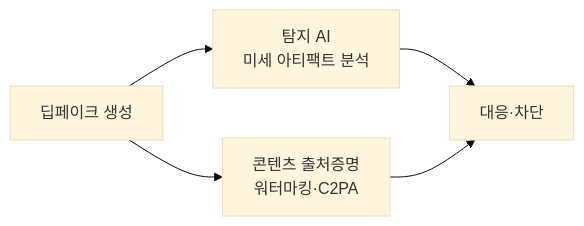
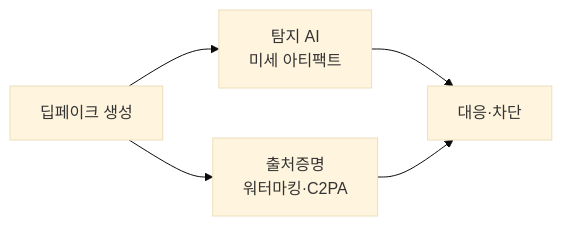
One commit to coninggu/wjdqhrhksflrltnftk changed the second of 2 diagrams in content/deepfake.md. Above: the diagram before and after it, drawn with Mermaid (base theme). The commit also changed other lines of this file and 19 other files, not shown here.

````diff
--- a/content/deepfake.md
+++ b/content/deepfake.md
@@ -20,7 +39,7 @@
 ```mermaid
 flowchart LR
-  A[딥페이크 생성] --> B[탐지 AI<br/>미세 아티팩트 분석]
-  A --> C[콘텐츠 출처증명<br/>워터마킹·C2PA]
+  A[딥페이크 생성] --> B[탐지 AI<br/>미세 아티팩트]
+  A --> C[출처증명<br/>워터마킹·C2PA]
   B --> D[대응·차단]
   C --> D
 ```
````
